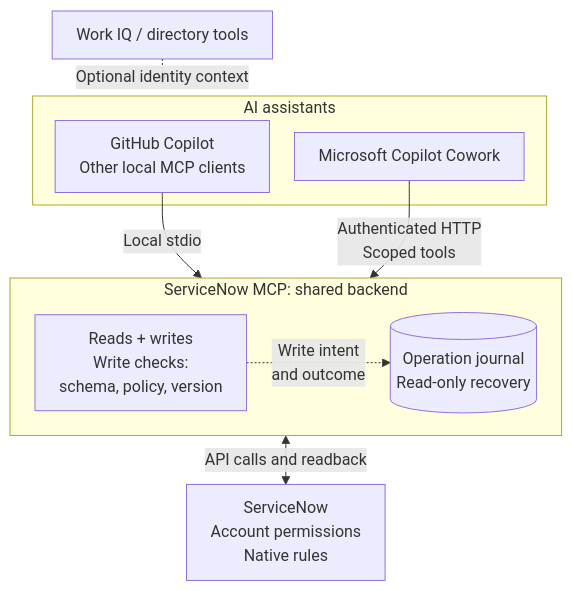
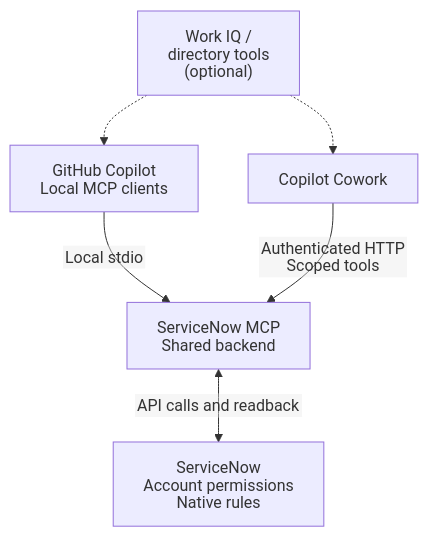
Before and after one commit to likamrat/servicenow-mcp: the diagram in README.md, drawn with Mermaid. The commit also changed other lines of this file, not shown here.

Commit message:
Use SVG labels for the GitHub architecture diagram
The hosted GitHub renderer clipped HTML foreignObject labels in the affected browser despite complete source text. Use SVG labels and a flat five-node layout; retain write guards and journal recovery beside the diagram.

````diff
--- a/README.md
+++ b/README.md
@@ -35,28 +35,14 @@
 ```mermaid
 ---
 config:
-  flowchart:
-    rankSpacing: 25
-    nodeSpacing: 25
-    padding: 12
-    subGraphTitleMargin:
-      bottom: 12
+  htmlLabels: false
 ---
 flowchart TB
-    Context["Work IQ / directory tools"]
-    subgraph Clients["AI assistants"]
-        Local["GitHub Copilot<br/>Other local MCP clients"]
-        Remote["Microsoft Copilot Cowork"]
-    end
-    Context -. "Optional identity context" .-> Clients
-
-    subgraph MCP["ServiceNow MCP: shared backend"]
-        direction LR
-        Operations["Reads + writes<br/>Write checks:<br/>schema, policy, version"]
-        Journal[("Operation journal<br/>Read-only recovery")]
-        Operations -. "Write intent<br/>and outcome" .-> Journal
-    end
-    Local -->|"Local stdio"| MCP
+    Context["Work IQ /<br/>directory tools<br/>(optional)"]
+    Local["GitHub Copilot<br/>Local MCP clients"]
+    Remote["Copilot Cowork"]
+    Context -.-> Local & Remote
+    Local -->|"Local stdio"| MCP["ServiceNow MCP<br/>Shared backend"]
     Remote -->|"Authenticated HTTP<br/>Scoped tools"| MCP
     MCP <-->|"API calls and readback"| ServiceNow["ServiceNow<br/>Account permissions<br/>Native rules"]
 ```
````
